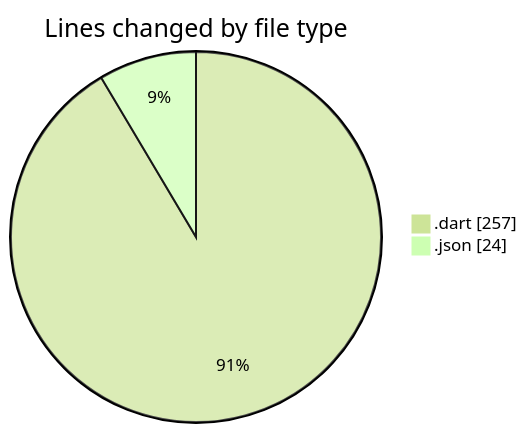
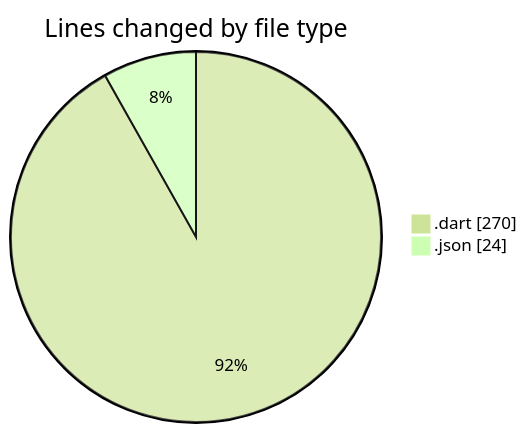
The first of 2 diagrams in 2025-08-04/studybuddy/README.md (lephambinh05/code-tracking), drawn with Mermaid (forest theme) before and after one commit. The commit also changed other lines of this file and 1 other file, not shown here.

````diff
--- a/2025-08-04/studybuddy/README.md
+++ b/2025-08-04/studybuddy/README.md
@@ -27,6 +27,6 @@
 ```mermaid
 pie showData
 title Lines changed by file type
-".dart" : 257
+".dart" : 270
 ".json" : 24
 ```
````
